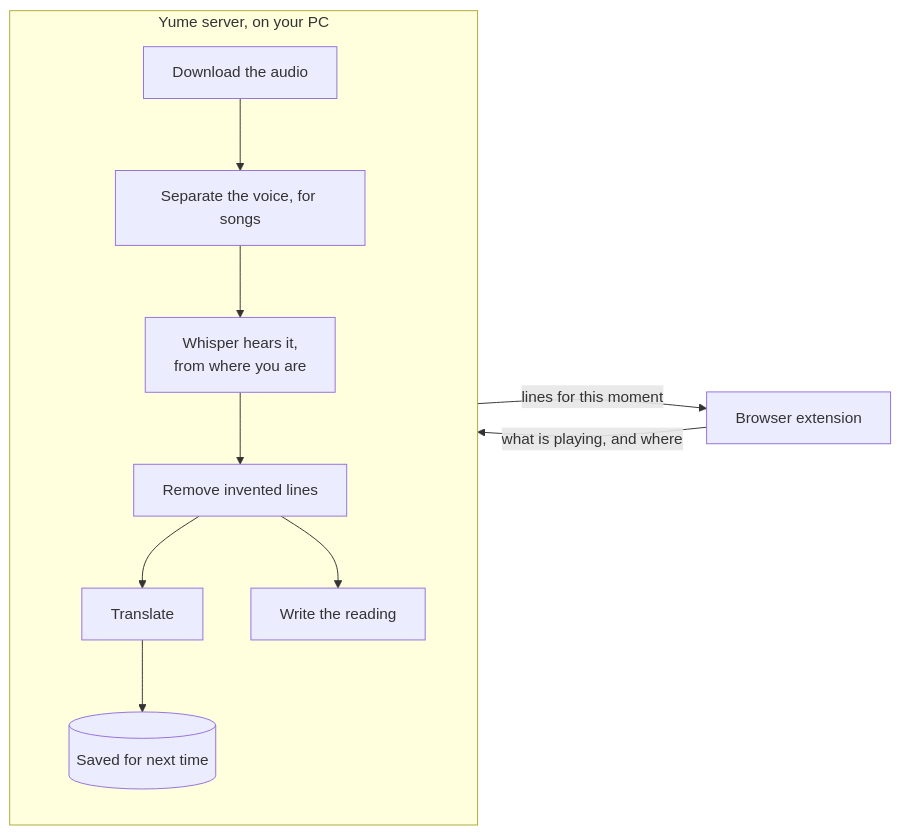
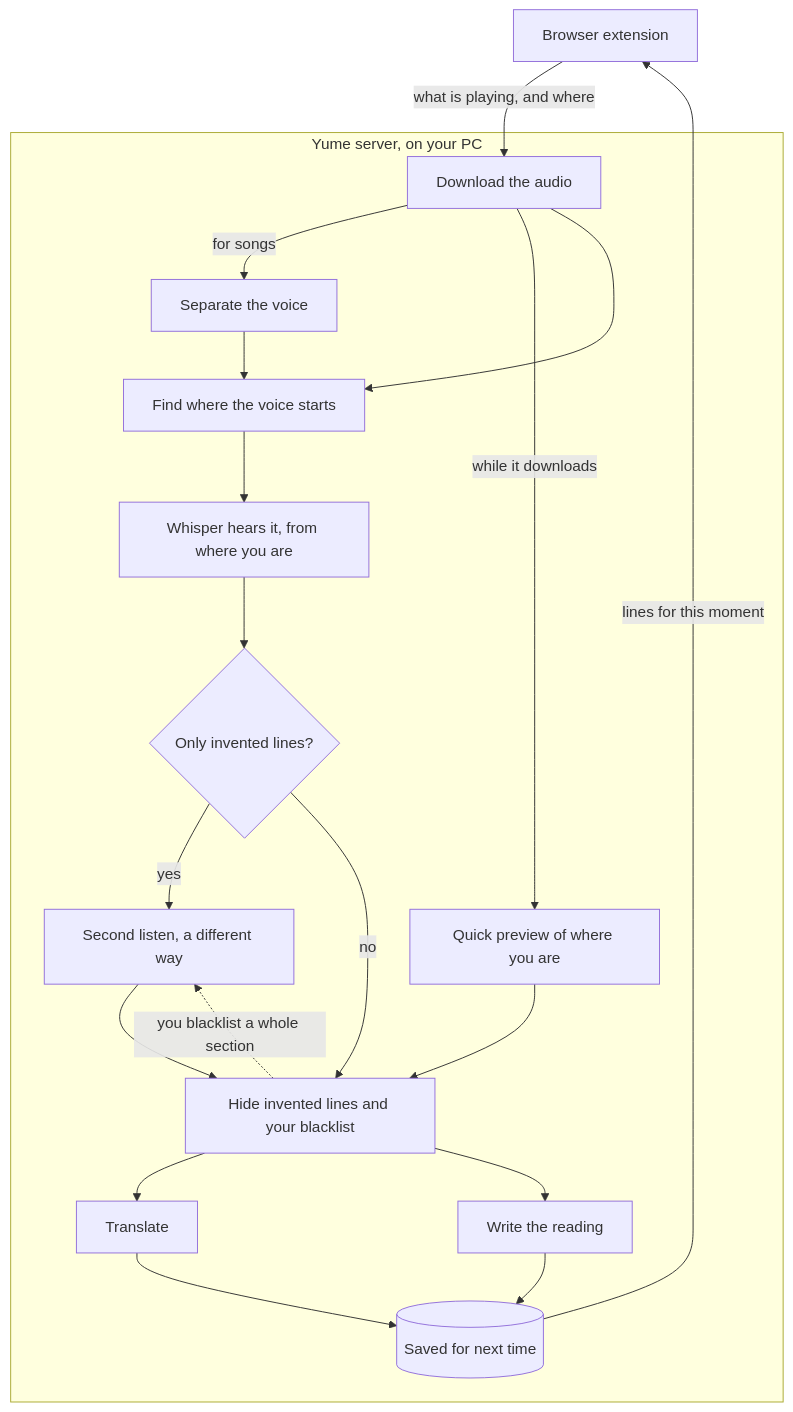
The diagram in README.md (jenox645/Yume), drawn with Mermaid before and after one commit. The commit also changed other lines of this file, not shown here.

````diff
--- a/README.md
+++ b/README.md
@@ -137,13 +165,22 @@
 ```mermaid
-graph LR
-    EXT["Browser extension"] -- "what is playing, and where" --> SRV
+graph TD
+    EXT["Browser extension"] -- "what is playing, and where" --> DL
     subgraph SRV ["Yume server, on your PC"]
-        DL["Download the audio"] --> SEP["Separate the voice, for songs"]
-        SEP --> WH["Whisper hears it,<br/>from where you are"]
-        WH --> FL["Remove invented lines"]
+        DL["Download the audio"] -- "for songs" --> SEP["Separate the voice"]
+        DL -- "while it downloads" --> PV["Quick preview of where you are"]
+        SEP --> VS["Find where the voice starts"]
+        DL --> VS
+        VS --> WH["Whisper hears it, from where you are"]
+        WH --> CHK{"Only invented lines?"}
+        CHK -- "yes" --> AGAIN["Second listen, a different way"]
+        CHK -- "no" --> FL["Hide invented lines and your blacklist"]
+        AGAIN --> FL
+        FL -. "you blacklist a whole section" .-> AGAIN
+        PV --> FL
         FL --> TR["Translate"]
         FL --> RO["Write the reading"]
         TR --> DB[("Saved for next time")]
+        RO --> DB
     end
-    SRV -- "lines for this moment" --> EXT
+    DB -- "lines for this moment" --> EXT
 ```
````
